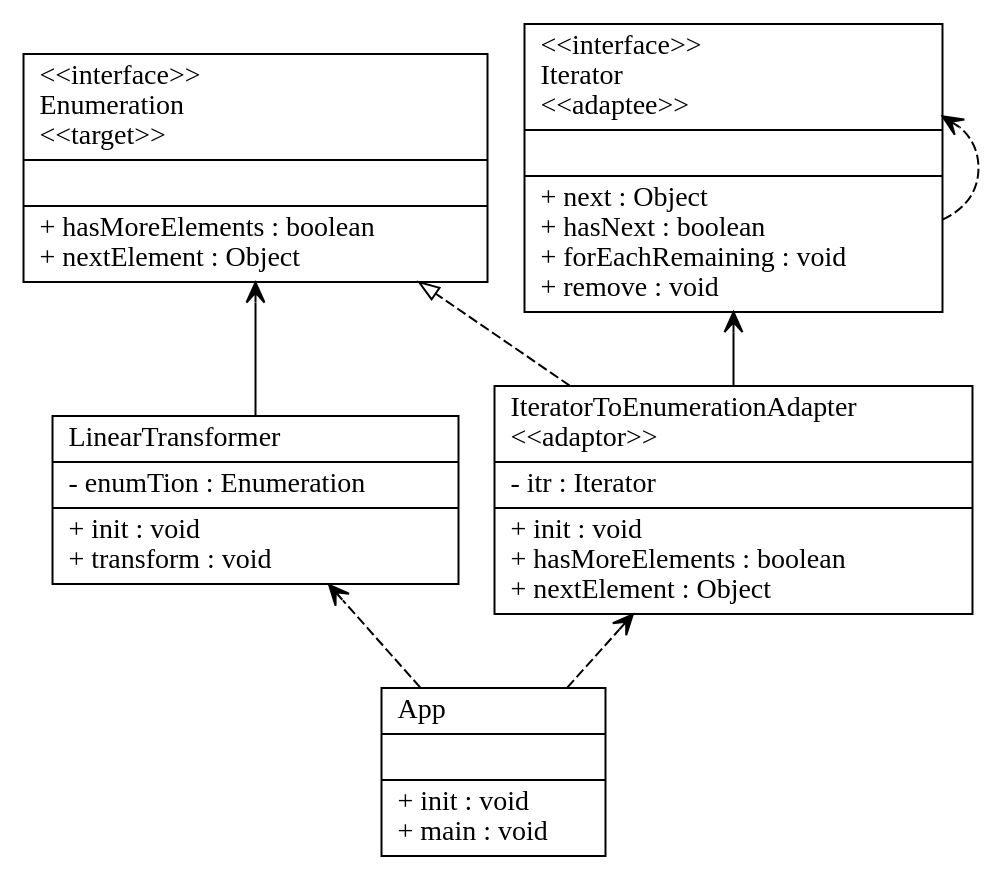
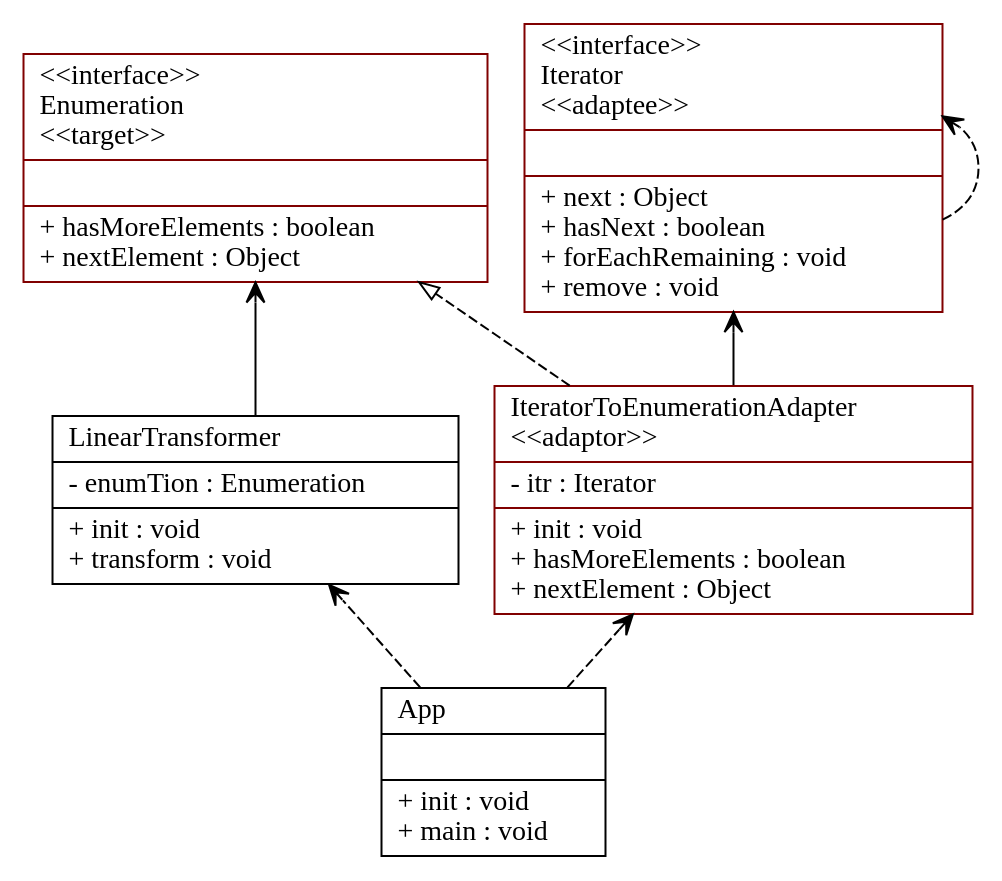
Before and after one commit to cbudo/UMLCreator: the diagram in graph_text/generated_graph.gv, drawn with Graphviz. The commit also changed 5 other files, not shown here.

```diff
--- a/graph_text/generated_graph.gv
+++ b/graph_text/generated_graph.gv
@@ -1,49 +1,49 @@
 digraph UML_Diagram
 {
 rankdir=BT;
 
 IteratorToEnumerationAdapter [
-shape = "record", color="black",
+shape = "record", color="maroon",
 label = "{IteratorToEnumerationAdapter\l\<\<adaptor\>\>\l|
 - itr : Iterator\l
 |+ init : void\l
 + hasMoreElements : boolean\l
 + nextElement : Object\l
 }"];
 IteratorToEnumerationAdapter -> Enumeration [arrowhead="onormal", style="dashed"];
 
 App [
 shape = "record", color="black",
 label = "{App\l|
 |+ init : void\l
 + main : void\l
 }"];
 
 LinearTransformer [
 shape = "record", color="black",
 label = "{LinearTransformer\l|
 - enumTion : Enumeration\l
 |+ init : void\l
 + transform : void\l
 }"];
 
 Iterator [
-shape = "record",
+shape = "record", color="maroon",
 label = "{\<\<interface\>\>\lIterator\l\<\<adaptee\>\>\l||+ next : Object\l
 + hasNext : boolean\l
 + forEachRemaining : void\l
 + remove : void\l
 }"];
 
 Enumeration [
-shape = "record",
+shape = "record", color="maroon",
 label = "{\<\<interface\>\>\lEnumeration\l\<\<target\>\>\l||+ hasMoreElements : boolean\l
 + nextElement : Object\l
 }"];
 App -> IteratorToEnumerationAdapter [arrowhead="vee", style="dashed"];
 App -> LinearTransformer [arrowhead="vee", style="dashed"];
 Iterator -> Iterator [arrowhead="vee", style="dashed"];
 IteratorToEnumerationAdapter -> Iterator [arrowhead="vee", style="solid"];
 LinearTransformer -> Enumeration [arrowhead="vee", style="solid"];
 
 }
```
